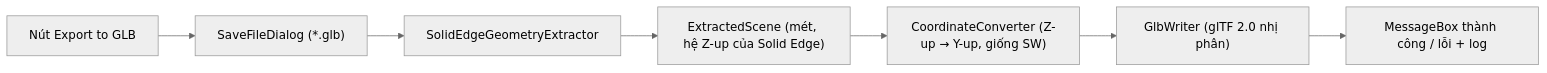
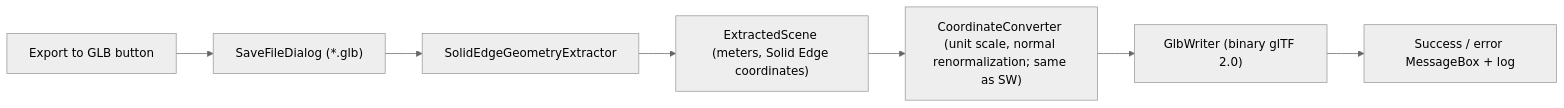
Before and after one commit to MinStack1010/plugin_export: the diagram in siesmen-export-plugin/solid_plugin/README.md, drawn with Mermaid (neutral theme). The commit also changed other lines of this file and 97 other files, not shown here.

````diff
--- a/siesmen-export-plugin/solid_plugin/README.md
+++ b/siesmen-export-plugin/solid_plugin/README.md
@@ -42,9 +41,9 @@
 ```mermaid
 flowchart LR
-    A["Nút Export to GLB"] --> B["SaveFileDialog (*.glb)"]
+    A["Export to GLB button"] --> B["SaveFileDialog (*.glb)"]
     B --> C["SolidEdgeGeometryExtractor"]
-    C --> D["ExtractedScene (mét, hệ Z-up của Solid Edge)"]
-    D --> E["CoordinateConverter (Z-up → Y-up, giống SW)"]
-    E --> F["GlbWriter (glTF 2.0 nhị phân)"]
-    F --> G["MessageBox thành công / lỗi + log"]
+    C --> D["ExtractedScene (meters, Solid Edge coordinates)"]
+    D --> E["CoordinateConverter (unit scale, normal renormalization; same as SW)"]
+    E --> F["GlbWriter (binary glTF 2.0)"]
+    F --> G["Success / error MessageBox + log"]
 ```
````
